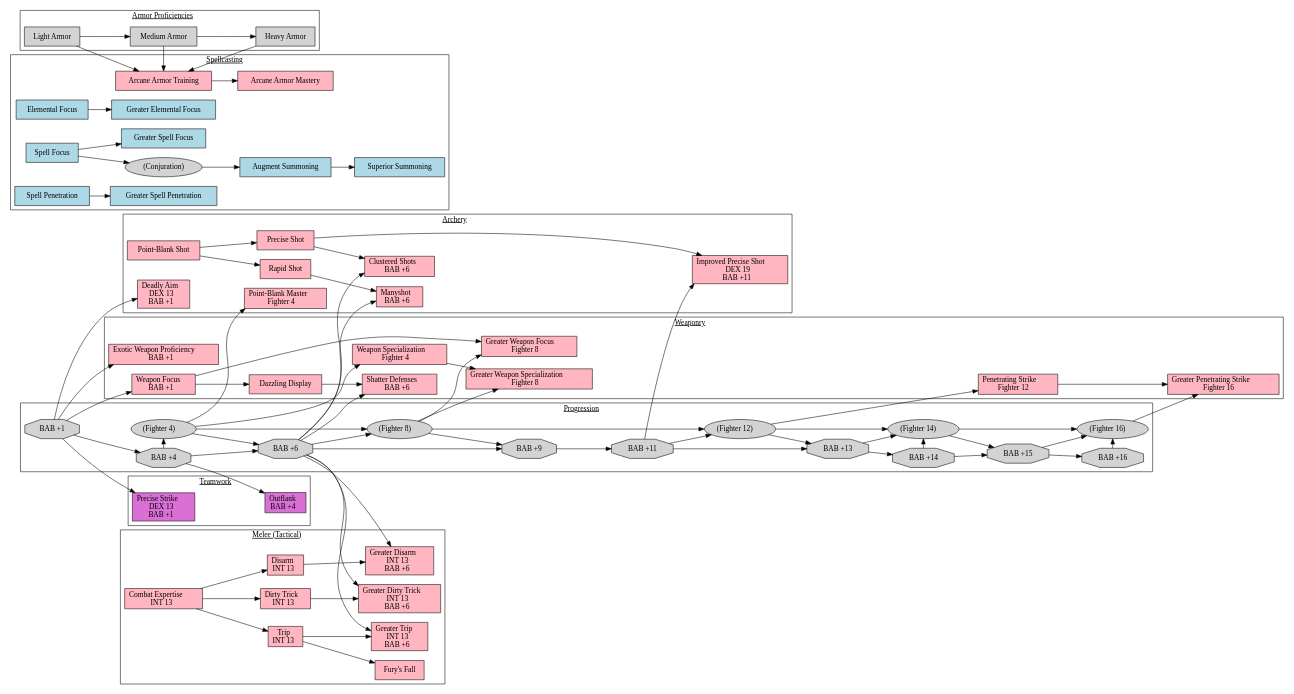
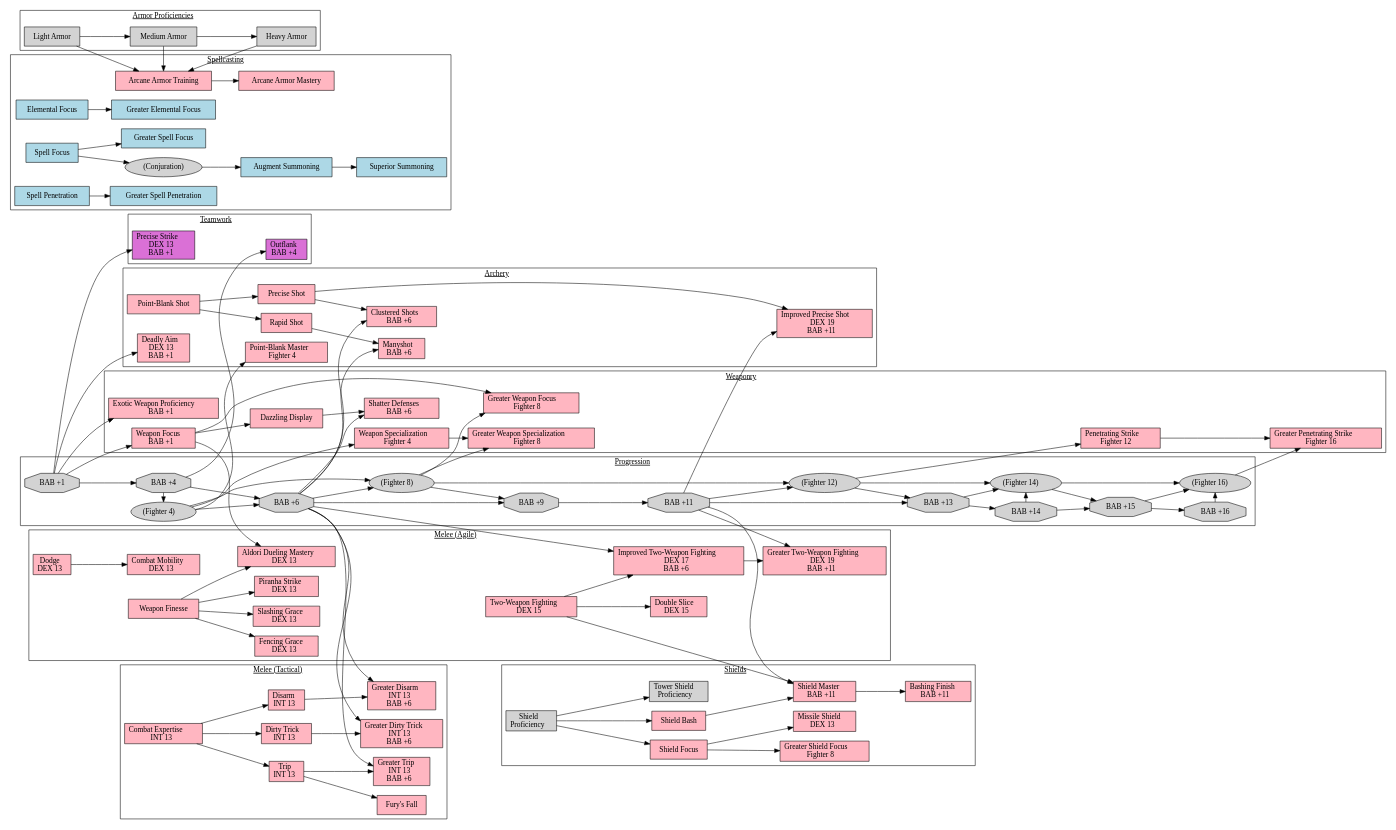
The diagram in Character.dot (JAlexLind/PathFinder), drawn with Graphviz before and after one commit.

Commit message:
Add agile (DEX based) melee feats. Add shield feats.

```diff
--- a/Character.dot
+++ b/Character.dot
@@ -154,4 +154,59 @@
   "BAB +6" -> "Greater Trip"
 }
 
+subgraph cluster_combat_dex
+{
+  label=<<U>Melee (Agile)</U>>
+  node [fillcolor=lightpink]
+
+  "Aldori Dueling Mastery" [label=<\N<BR/>DEX 13>]
+  "Weapon Focus" -> "Aldori Dueling Mastery"
+
+  "Dodge" [label=<\N<BR/>DEX 13>]
+  "Combat Mobility" [label=<\N<BR/>DEX 13>]
+  "Dodge" -> "Combat Mobility"
+
+  "Weapon Finesse"
+  "Fencing Grace" [label=<\N<BR/>DEX 13>]
+  "Weapon Finesse" -> "Fencing Grace"
+  "Slashing Grace" [label=<\N<BR/>DEX 13>]
+  "Weapon Finesse" -> "Slashing Grace"
+  "Piranha Strike" [label=<\N<BR/>DEX 13>]
+  "Weapon Finesse" -> "Piranha Strike"
+  "Weapon Finesse" -> "Aldori Dueling Mastery"
+
+  "Two-Weapon Fighting" [label=<\N<BR/>DEX 15>]
+  "Improved Two-Weapon Fighting" [label=<\N<BR/>DEX 17<BR/>BAB +6>]
+  "Greater Two-Weapon Fighting" [label=<\N<BR/>DEX 19<BR/>BAB +11>]
+  "Double Slice" [label=<\N<BR/>DEX 15>]
+  "Two-Weapon Fighting" -> "Improved Two-Weapon Fighting" -> "Greater Two-Weapon Fighting"
+  "Two-Weapon Fighting" -> "Double Slice"
+  "BAB +6" -> "Improved Two-Weapon Fighting"
+  "BAB +11" -> "Greater Two-Weapon Fighting"
 }
+
+subgraph cluster_shields
+{
+  label=<<U>Shields</U>>
+  node [fillcolor=lightpink]
+
+  "Shield Proficiency" [label=<Shield<BR/>Proficiency>, fillcolor=lightgrey]
+  "Tower Shield Proficiency" [label=<Tower Shield<BR/>Proficiency>, fillcolor=lightgrey]
+  "Shield Proficiency" -> "Tower Shield Proficiency"
+  
+  "Shield Focus"
+  "Greater Shield Focus" [label=<\N<BR/>Fighter 8>]
+  "Shield Proficiency" -> "Shield Focus" -> "Greater Shield Focus"
+
+  "Missile Shield" [label=<\N<BR/>DEX 13>]
+  "Shield Focus" -> "Missile Shield"
+
+  "Shield Bash"
+  "Shield Master" [label=<\N<BR/>BAB +11>]
+  "Bashing Finish" [label=<\N<BR/>BAB +11>]
+  "Shield Proficiency" -> "Shield Bash" -> "Shield Master" -> "Bashing Finish"
+  "Two-Weapon Fighting" -> "Shield Master"
+  "BAB +11" -> "Shield Master"
+}
+
+}
```
